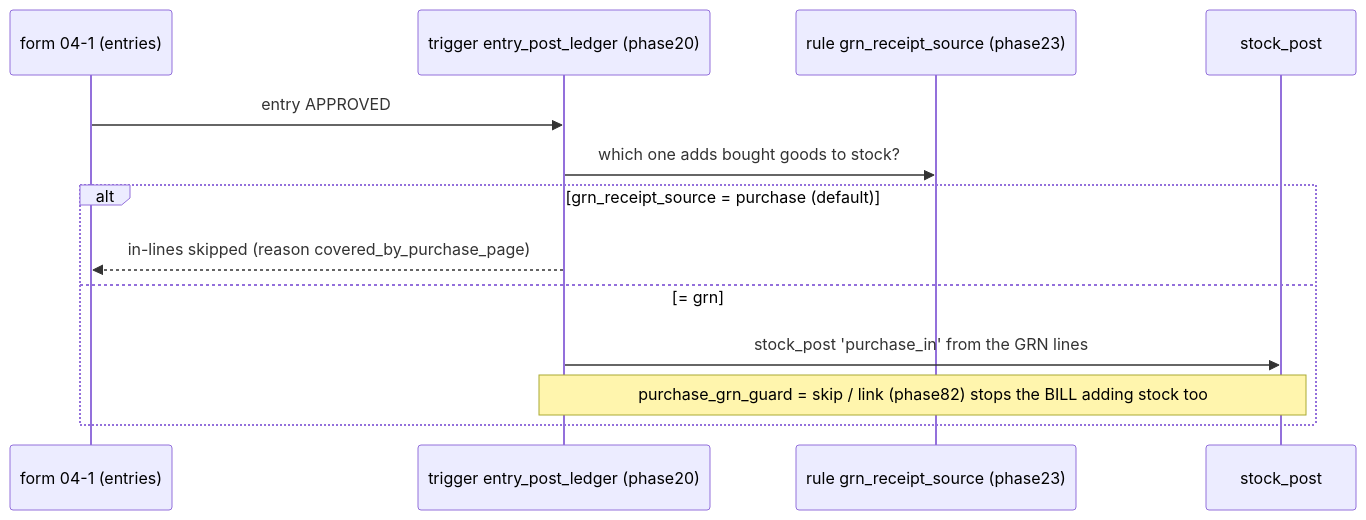
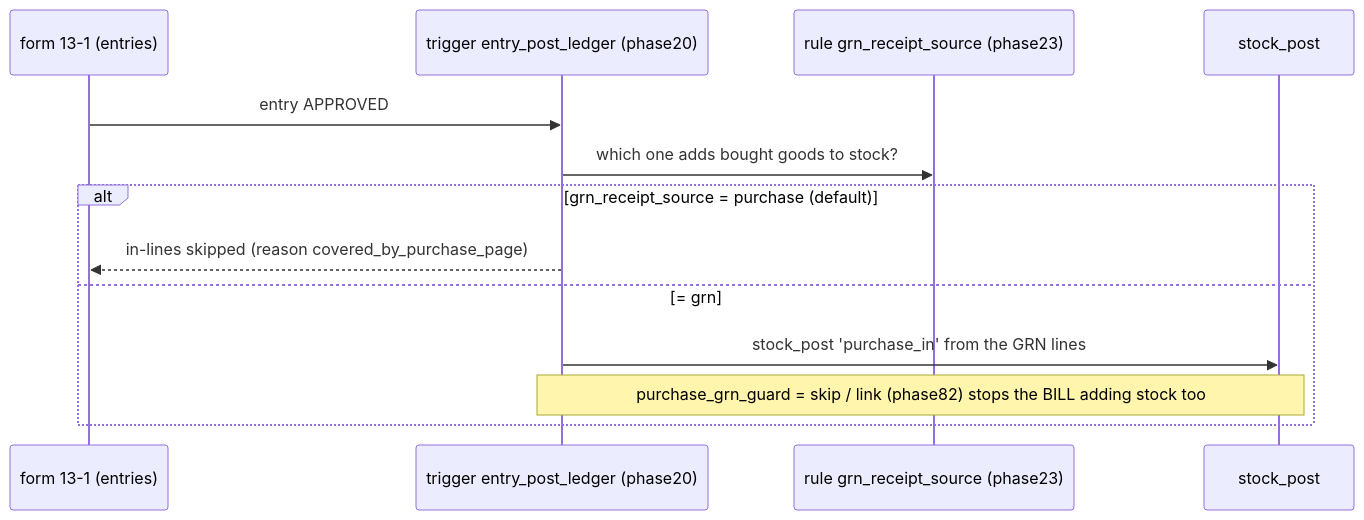
One commit to mistybari99/My-tools changed the second of 11 diagrams in docs/backend/DATA_FLOW.md. Above: the diagram before and after it, drawn with Mermaid. The commit also changed other lines of this file and 152 other files, not shown here.

First line of the commit message:
S2 apply: printed form codes NN-1 (owner clean sequence) and phase 543 (paste once)

````diff
--- a/docs/backend/DATA_FLOW.md
+++ b/docs/backend/DATA_FLOW.md
@@ -37,15 +37,15 @@
 ```mermaid
 sequenceDiagram
-  participant F as form 04-1 (entries)
+  participant F as form 13-1 (entries)
   participant T as trigger entry_post_ledger (phase20)
   participant R as rule grn_receipt_source (phase23)
   participant SP as stock_post
   F->>T: entry APPROVED
   T->>R: which one adds bought goods to stock?
   alt grn_receipt_source = purchase (default)
     T-->>F: in-lines skipped (reason covered_by_purchase_page)
   else = grn
     T->>SP: stock_post 'purchase_in' from the GRN lines
     Note over T,SP: purchase_grn_guard = skip / link (phase82) stops the BILL adding stock too
   end
 ```
````
